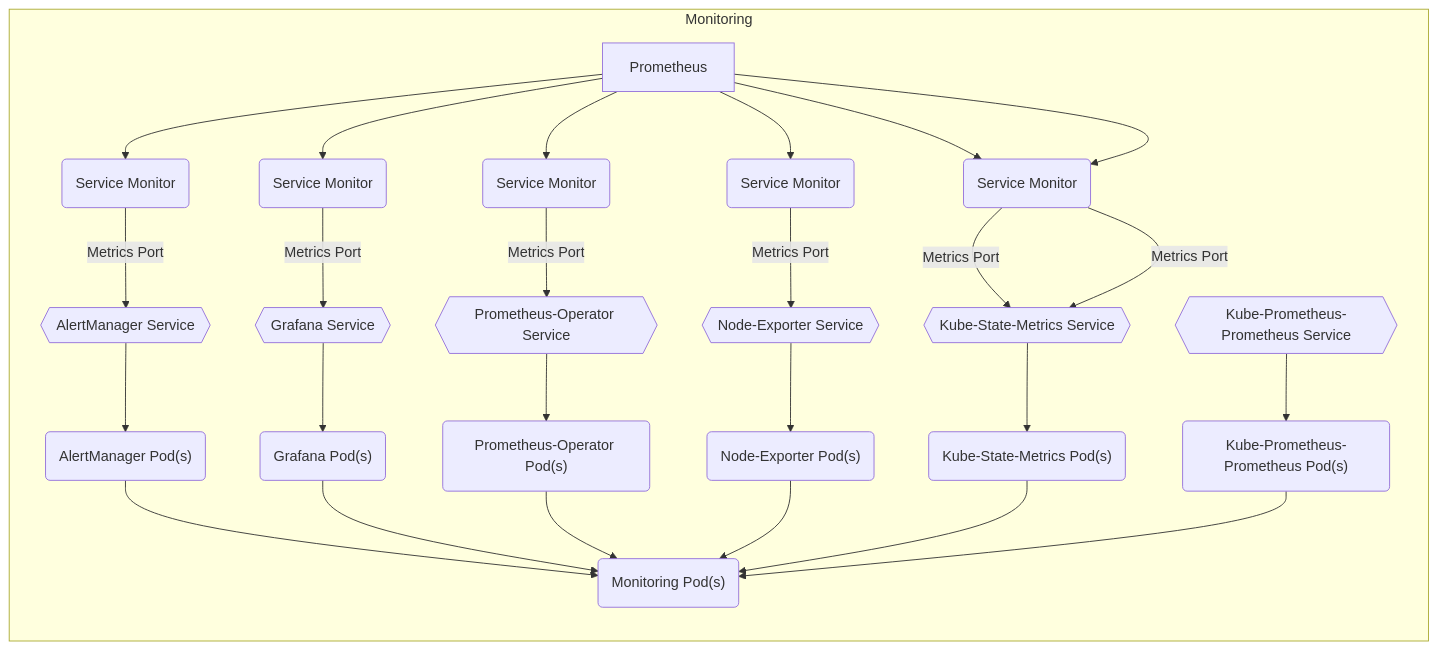
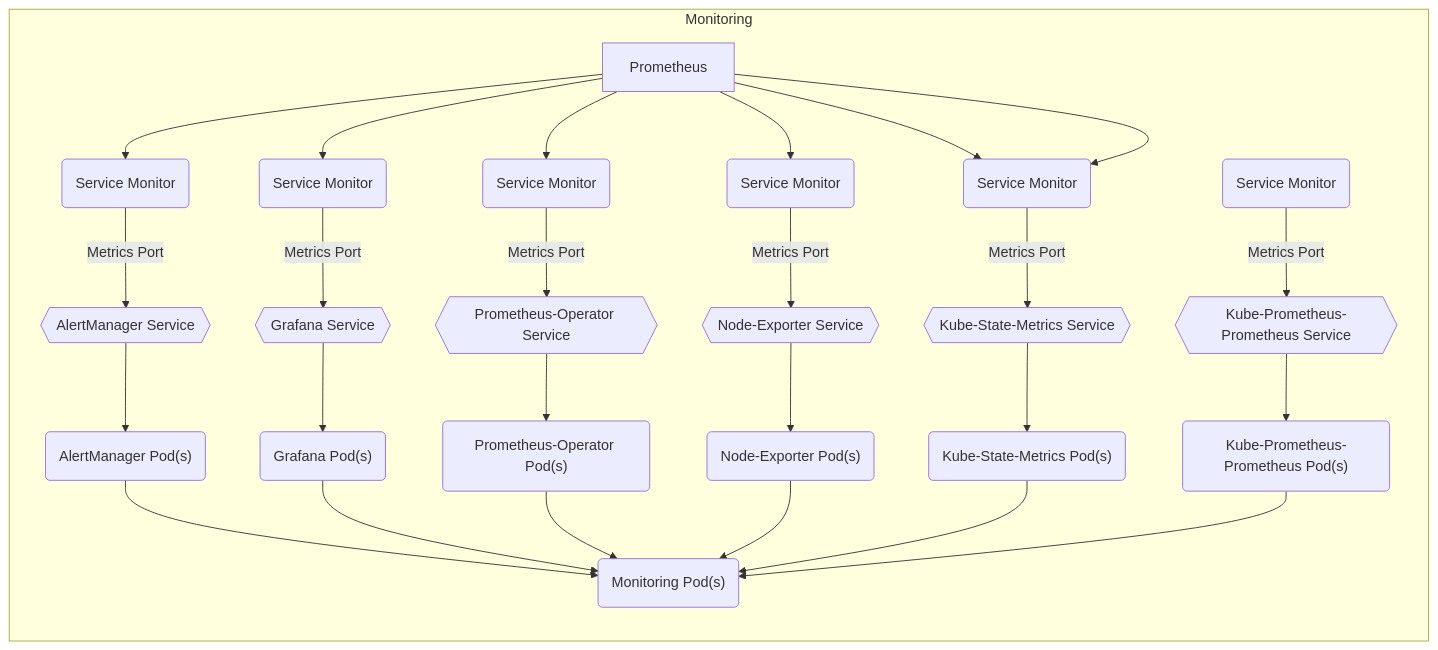
The diagram in charter/packages/monitoring/Architecture.md (sbko/bigbang), drawn with Mermaid before and after one commit.

Commit message:
monitoring architecture

````diff
--- a/charter/packages/monitoring/Architecture.md
+++ b/charter/packages/monitoring/Architecture.md
@@ -12,33 +12,33 @@
  ```mermaid
 graph LR
   subgraph "Monitoring"
     alertmanagerpods("AlertManager Pod(s)") --> monitoringpods("Monitoring Pod(s)")
     alertmanagerservice{{AlertManager Service}} --> alertmanagerpods("AlertManager Pod(s)")
     alertmanagersvcmonitor("Service Monitor") --"Metrics Port"--> alertmanagerservice
     Prometheus --> alertmanagersvcmonitor("Service Monitor")
     grafanapods("Grafana Pod(s)") --> monitoringpods("Monitoring Pod(s)")
     grafanaservice{{Grafana Service}} --> grafanapods("Grafana Pod(s)")
     grafanasvcmonitor("Service Monitor") --"Metrics Port"--> grafanaservice
     Prometheus --> grafanasvcmonitor("Service Monitor")
     prometheusoperatorpods("Prometheus-Operator Pod(s)") --> monitoringpods("Monitoring Pod(s)")
     prometheusoperatorservice{{Prometheus-Operator Service}} -->  prometheusoperatorpods("Prometheus-Operator Pod(s)")
     prometheusoperatorsvcmonitor("Service Monitor") --"Metrics Port"--> prometheusoperatorservice
     Prometheus --> prometheusoperatorsvcmonitor("Service Monitor")
     nodeexporterpods("Node-Exporter Pod(s)") --> monitoringpods("Monitoring Pod(s)")
     nodeexporterservice{{Node-Exporter Service}} -->  nodeexporterpods("Node-Exporter Pod(s)")
     nodeexportersvcmonitor("Service Monitor") --"Metrics Port"-->  nodeexporterservice
     Prometheus --> nodeexportersvcmonitor("Service Monitor")
     kubestatemetricspods("Kube-State-Metrics Pod(s)") --> monitoringpods("Monitoring Pod(s)")
     kubestatemetricsservice{{Kube-State-Metrics Service}} -->  kubestatemetricspods("Kube-State-Metrics Pod(s)")
     kubestatemetricssvcmonitor("Service Monitor") --"Metrics Port"-->  kubestatemetricsservice
     Prometheus --> kubestatemetricssvcmonitor("Service Monitor")
     kubeprometheuspods("Kube-Prometheus-Prometheus Pod(s)") --> monitoringpods("Monitoring Pod(s)")
     kubeprometheusservice{{Kube-Prometheus-Prometheus Service}} -->  kubeprometheuspods("Kube-Prometheus-Prometheus Pod(s)")
-    kubestatemetricssvcmonitor("Service Monitor") --"Metrics Port"-->  kubestatemetricsservice
+    kubeprometheussvcmonitor("Service Monitor") --"Metrics Port"-->  kubeprometheusservice
     Prometheus --> kubestatemetricssvcmonitor("Service Monitor")
     
 
     
   end
   
 ```   
````
